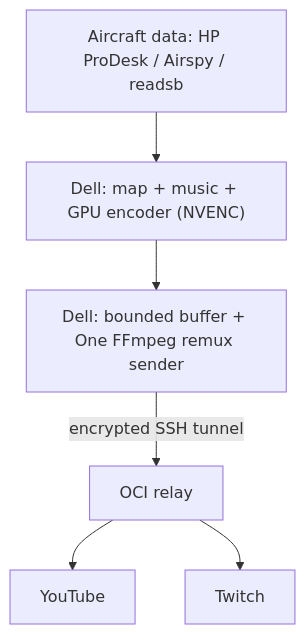
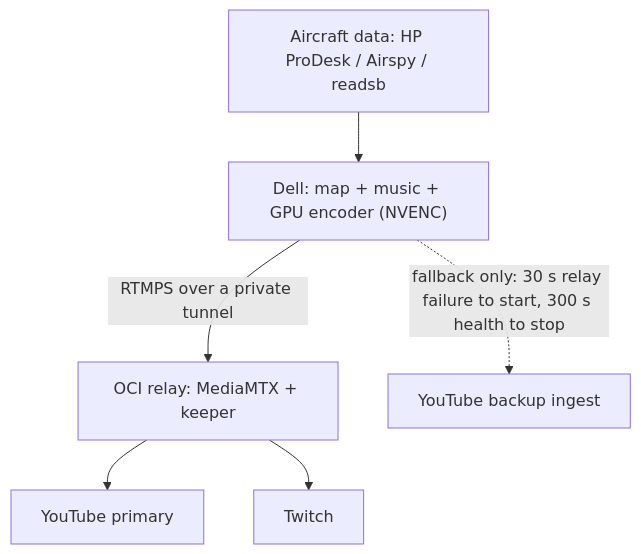
The first of 2 diagrams in README.md (yukimurata0421/live-stream-systems-case-study), drawn with Mermaid before and after one commit. The commit also changed other lines of this file and 8 other files, not shown here.

````diff
--- a/README.md
+++ b/README.md
@@ -59,8 +63,8 @@
 ```mermaid
 flowchart TB
     SOURCE["Aircraft data: HP ProDesk / Airspy / readsb"] --> MEDIA["Dell: map + music + GPU encoder (NVENC)"]
-    MEDIA --> SEND["Dell: bounded buffer + One FFmpeg remux sender"]
-    SEND -->|"encrypted SSH tunnel"| OCI["OCI relay"]
-    OCI --> YT["YouTube"]
+    MEDIA -->|"RTMPS over a private tunnel"| OCI["OCI relay: MediaMTX + keeper"]
+    OCI --> YT["YouTube primary"]
     OCI --> TW["Twitch"]
+    MEDIA -.->|"fallback only: 30 s relay failure to start, 300 s health to stop"| YTB["YouTube backup ingest"]
 ```
````
